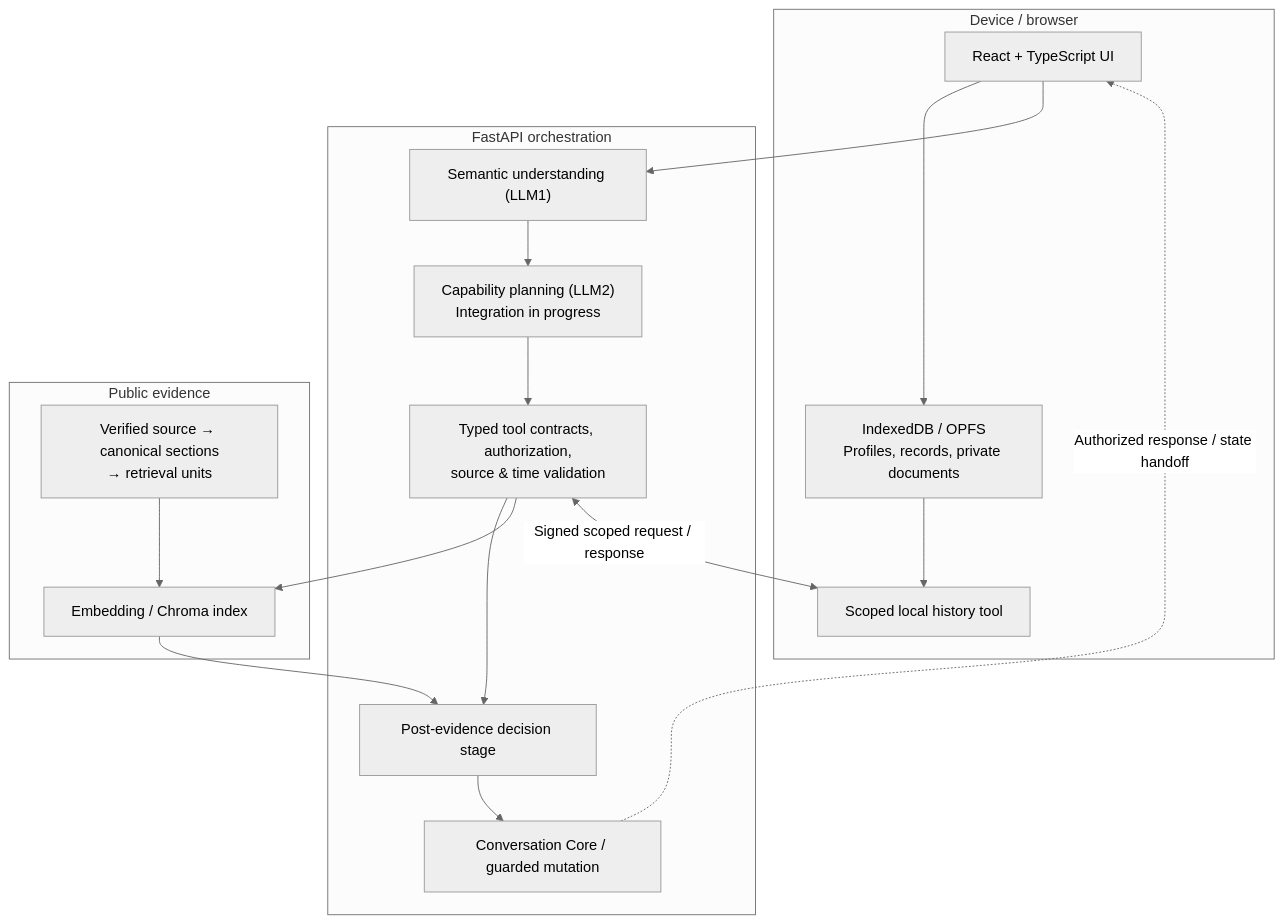
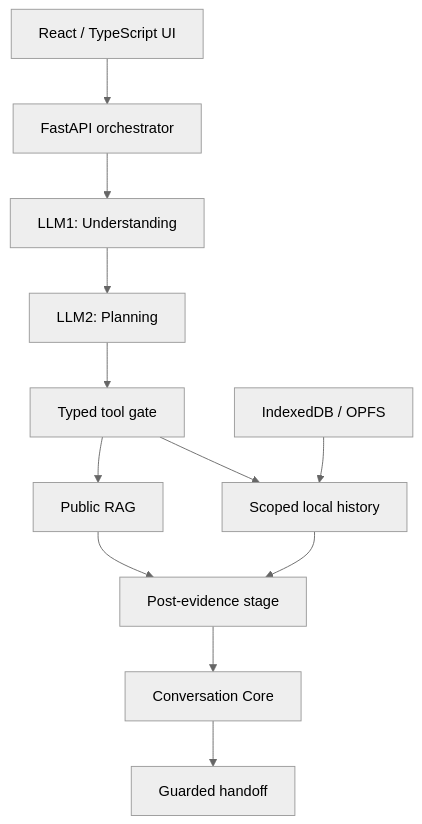
Before and after one commit to Yang2310/rabbit-care-ai-assistant: the diagram in docs/architecture.md, drawn with Mermaid (neutral theme). The commit also changed 3 other files, not shown here.

Commit message:
docs(portfolio): simplify Mermaid node labels for GitHub rendering (EN/ZH)

````diff
--- a/docs/architecture.md
+++ b/docs/architecture.md
@@ -23,29 +23,14 @@
 ```mermaid
-flowchart TB
-    subgraph CLIENT["Device / browser"]
-      UI["React + TypeScript UI"]
-      LOCAL["IndexedDB / OPFS<br/>Profiles, records, private documents"]
-      HISTORY["Scoped local history tool"]
-      UI --> LOCAL
-      LOCAL --> HISTORY
-    end
-    subgraph SERVER["FastAPI orchestration"]
-      SEM["Semantic understanding (LLM1)"]
-      PLAN["Capability planning (LLM2)<br/>Integration in progress"]
-      EXEC["Typed tool contracts, authorization,<br/>source & time validation"]
-      DOMAIN["Post-evidence decision stage"]
-      CORE["Conversation Core / guarded mutation"]
-      SEM --> PLAN --> EXEC
-      EXEC --> DOMAIN --> CORE
-    end
-    subgraph KNOWLEDGE["Public evidence"]
-      CANON["Verified source → canonical sections<br/>→ retrieval units"]
-      VEC["Embedding / Chroma index"]
-      CANON --> VEC
-    end
-    UI --> SEM
-    EXEC --> VEC
-    EXEC <-->|"Signed scoped request / response"| HISTORY
-    VEC --> DOMAIN
-    CORE -. "Authorized response / state handoff" .-> UI
+flowchart TD
+    UI["React / TypeScript UI"] --> API["FastAPI orchestrator"]
+    API --> SEM["LLM1: Understanding"]
+    SEM --> PLAN["LLM2: Planning"]
+    PLAN --> GATE["Typed tool gate"]
+    GATE --> RAG["Public RAG"]
+    GATE --> HIST["Scoped local history"]
+    STORE["IndexedDB / OPFS"] --> HIST
+    RAG --> DOMAIN["Post-evidence stage"]
+    HIST --> DOMAIN
+    DOMAIN --> CORE["Conversation Core"]
+    CORE --> OUT["Guarded handoff"]
 ```
````
